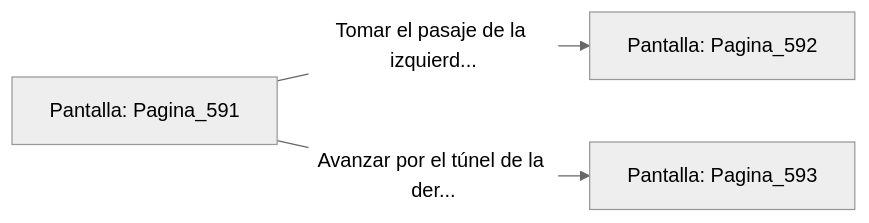
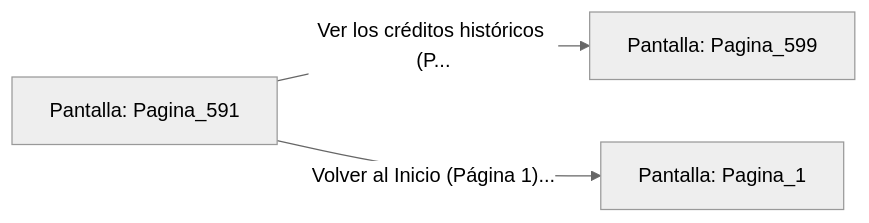
One commit to metsuke/mpl changed the diagram in sample/eligejuego-vault/Pantalla_Pagina_591.md. Above: the diagram before and after it, drawn with Mermaid (neutral theme). The commit also changed other lines of this file and 635 other files, not shown here.

First line of the commit message:
fix: añadir Pagina_1 como pantalla inicial en capitulo_01.mpl

````diff
--- a/sample/eligejuego-vault/Pantalla_Pagina_591.md
+++ b/sample/eligejuego-vault/Pantalla_Pagina_591.md
@@ -20,6 +24,6 @@
 ```mermaid
 graph LR
     P_Pagina_591["Pantalla: Pagina_591"]
-    P_Pagina_591 -->|"Tomar el pasaje de la izquierd..."| P_Pagina_592["Pantalla: Pagina_592"]
-    P_Pagina_591 -->|"Avanzar por el túnel de la der..."| P_Pagina_593["Pantalla: Pagina_593"]
+    P_Pagina_591 -->|"Ver los créditos históricos (P..."| P_Pagina_599["Pantalla: Pagina_599"]
+    P_Pagina_591 -->|"Volver al Inicio (Página 1)..."| P_Pagina_1["Pantalla: Pagina_1"]
 ```
````
